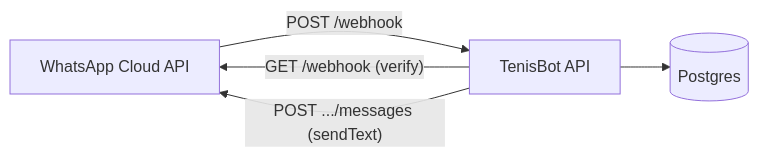
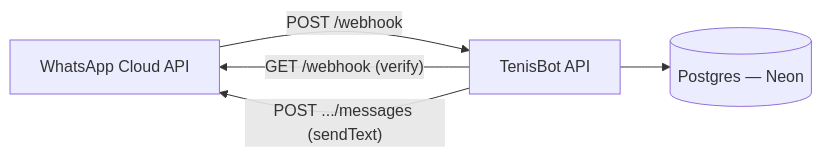
Before and after one commit to jluncashu/tennis-bot: the diagram in docs/app/architecture.md, drawn with Mermaid. The commit also changed other lines of this file and 7 other files, not shown here.

````diff
--- a/docs/app/architecture.md
+++ b/docs/app/architecture.md
@@ -12,7 +12,7 @@
 ```mermaid
 graph LR
   WA[WhatsApp Cloud API] -- "POST /webhook" --> API[TenisBot API]
   API -- "GET /webhook (verify)" --> WA
   API -- "POST .../messages (sendText)" --> WA
-  API --> DB[(Postgres)]
+  API --> DB[(Postgres — Neon)]
 ```
````
